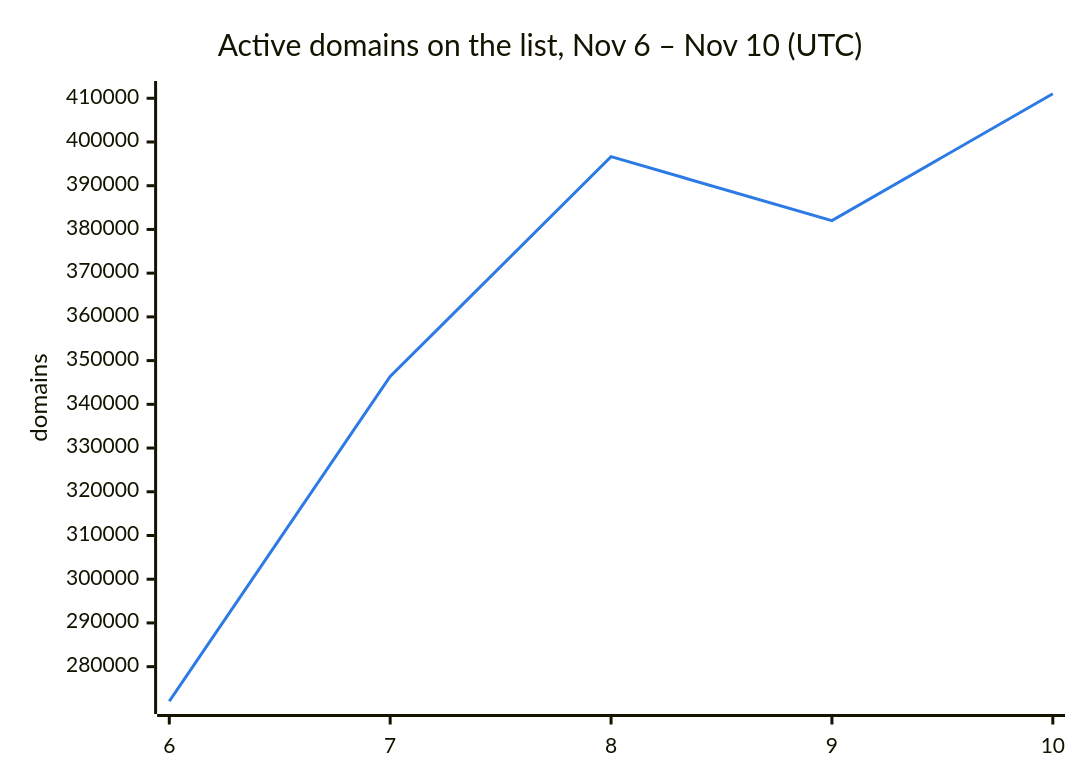
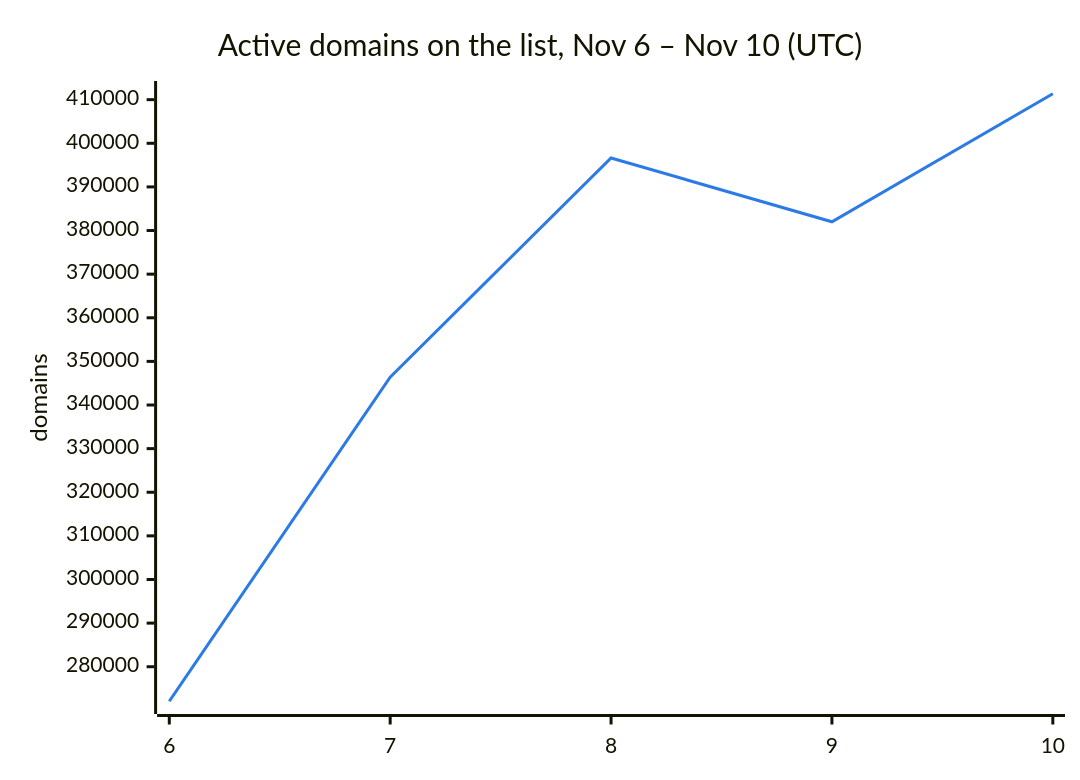
The second of 3 diagrams in README.md (DNSBunker/CTI), drawn with Mermaid before and after one commit. The commit also changed other lines of this file and 3 other files, not shown here.

````diff
--- a/README.md
+++ b/README.md
@@ -38,8 +38,8 @@
 ```mermaid
 %%{init: {"themeVariables": {"xyChart": {"plotColorPalette": "#2c7be5"}}}}%%
 xychart-beta
     title "Active domains on the list, Nov 6 – Nov 10 (UTC)"
     x-axis ["6", "7", "8", "9", "10"]
     y-axis "domains"
-    line [272088, 346388, 396638, 382009, 411032]
+    line [272088, 346388, 396638, 382009, 411357]
 ```
````
